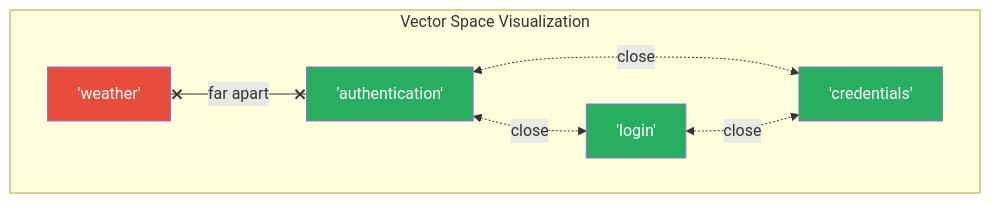
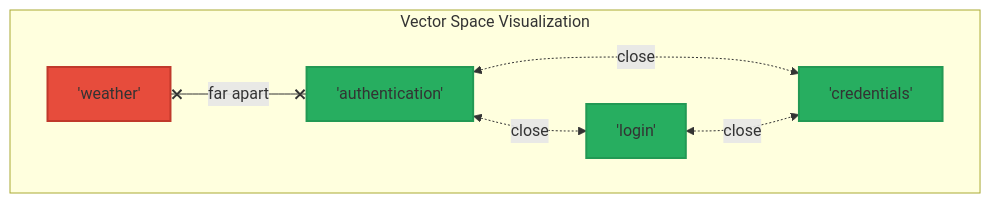
Before and after one commit to sampi02/amanmcp: the fifth of 9 diagrams in docs/concepts/hybrid-search.md, drawn with Mermaid. The commit also changed other lines of this file and 59 other files, not shown here.

````diff
--- a/docs/concepts/hybrid-search.md
+++ b/docs/concepts/hybrid-search.md
@@ -193,20 +243,20 @@
 ```mermaid
 flowchart TB
     subgraph VectorSpace["Vector Space Visualization"]
         Auth["'authentication'"]
         Login["'login'"]
         Cred["'credentials'"]
         Weather["'weather'"]
 
         Auth <-.->|"close"| Login
         Auth <-.->|"close"| Cred
         Login <-.->|"close"| Cred
 
         Weather x--x|"far apart"| Auth
     end
 
-    style Auth fill:#27ae60,color:#fff
-    style Login fill:#27ae60,color:#fff
-    style Cred fill:#27ae60,color:#fff
-    style Weather fill:#e74c3c,color:#fff
+    style Auth fill:#27ae60,stroke:#229954,stroke-width:2px
+    style Login fill:#27ae60,stroke:#229954,stroke-width:2px
+    style Cred fill:#27ae60,stroke:#229954,stroke-width:2px
+    style Weather fill:#e74c3c,stroke:#c0392b,stroke-width:2px
 ```
````
